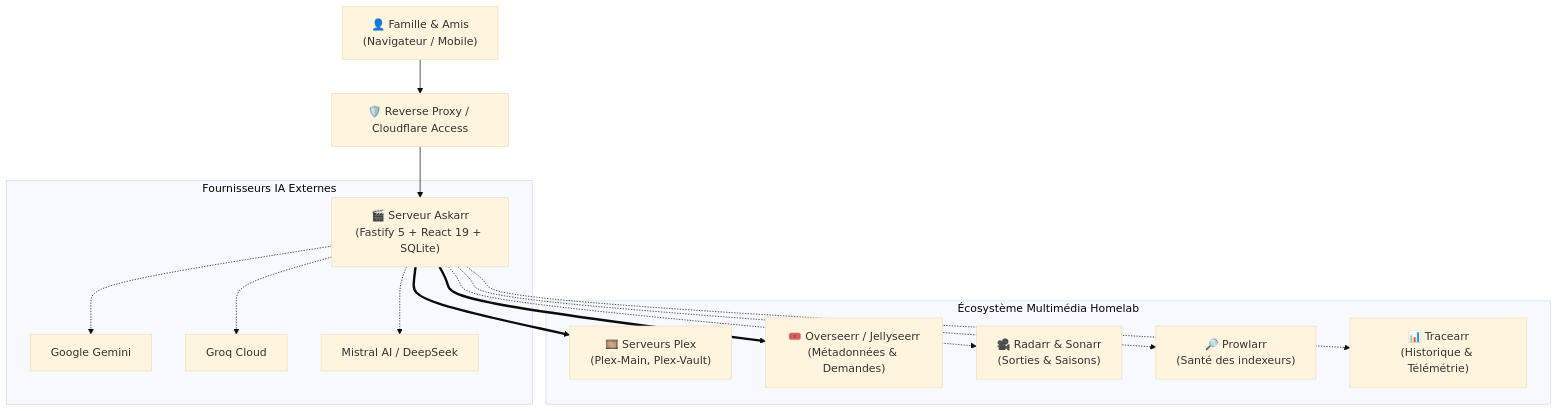
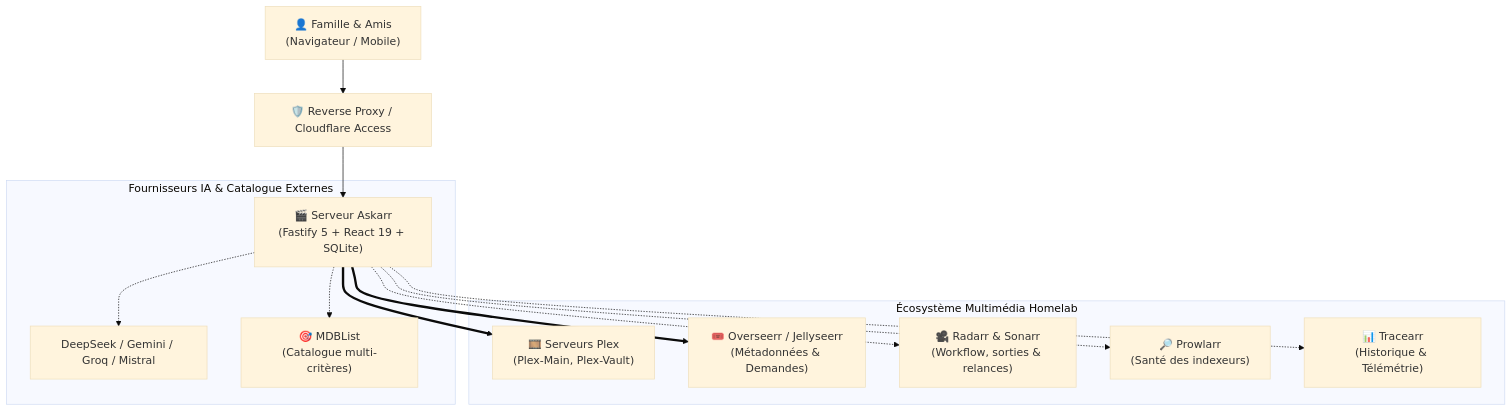
Before and after one commit to jsuzanne/askarr: the diagram in README.fr.md, drawn with Mermaid (base theme). The commit also changed other lines of this file and 2 other files, not shown here.

````diff
--- a/README.fr.md
+++ b/README.fr.md
@@ -115,19 +119,18 @@
 ```mermaid
 flowchart TD
     User["👤 Famille & Amis<br/>(Navigateur / Mobile)"] --> Proxy["🛡️ Reverse Proxy / Cloudflare Access"]
     Proxy --> Askarr["🎬 Serveur Askarr<br/>(Fastify 5 + React 19 + SQLite)"]
 
-    subgraph Fournisseurs IA Externes
-        Askarr -.-> Gemini["Google Gemini"]
-        Askarr -.-> Groq["Groq Cloud"]
-        Askarr -.-> Mistral["Mistral AI / DeepSeek"]
+    subgraph Fournisseurs IA & Catalogue Externes
+        Askarr -.-> DeepSeek["DeepSeek / Gemini / Groq / Mistral"]
+        Askarr -.-> MDBList["🎯 MDBList<br/>(Catalogue multi-critères)"]
     end
 
     subgraph Écosystème Multimédia Homelab
         Askarr ==> Plex["🎞️ Serveurs Plex<br/>(Plex-Main, Plex-Vault)"]
         Askarr ==> Overseerr["🎟️ Overseerr / Jellyseerr<br/>(Métadonnées & Demandes)"]
-        Askarr -.-> Radarr["🎥 Radarr & Sonarr<br/>(Sorties & Saisons)"]
+        Askarr -.-> Radarr["🎥 Radarr & Sonarr<br/>(Workflow, sorties & relances)"]
         Askarr -.-> Prowlarr["🔎 Prowlarr<br/>(Santé des indexeurs)"]
         Askarr -.-> Tracearr["📊 Tracearr<br/>(Historique & Télémétrie)"]
     end
 ```
````
